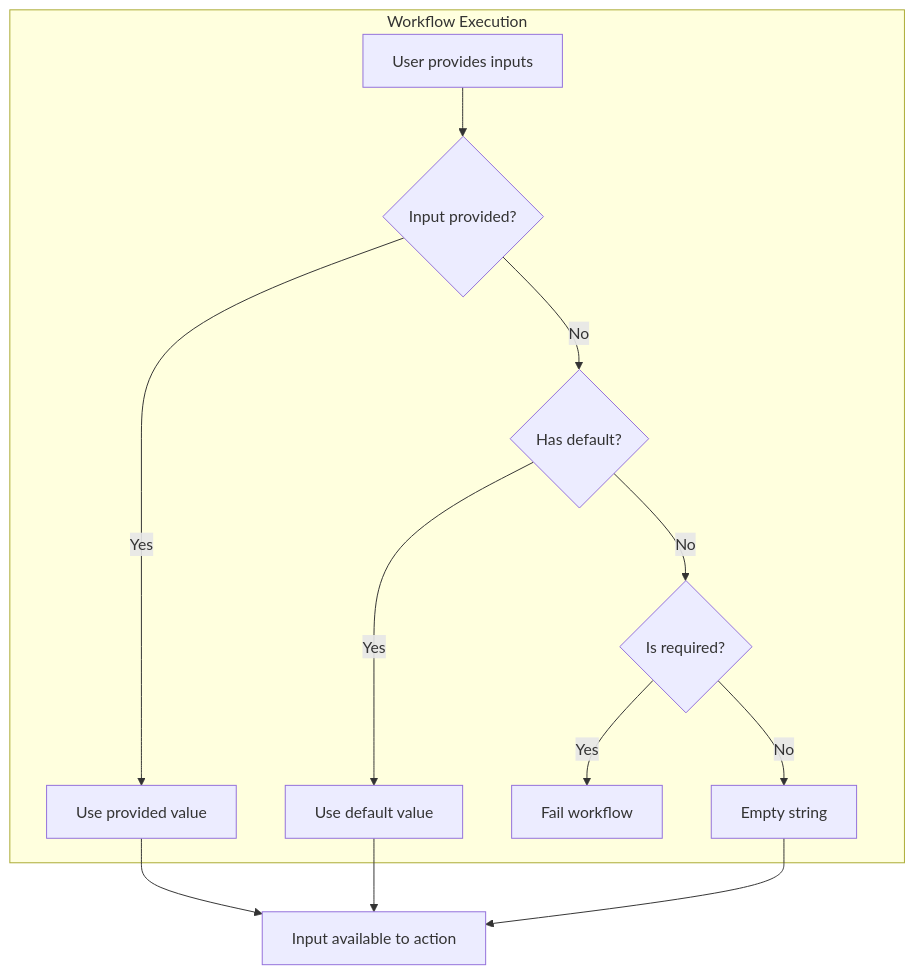
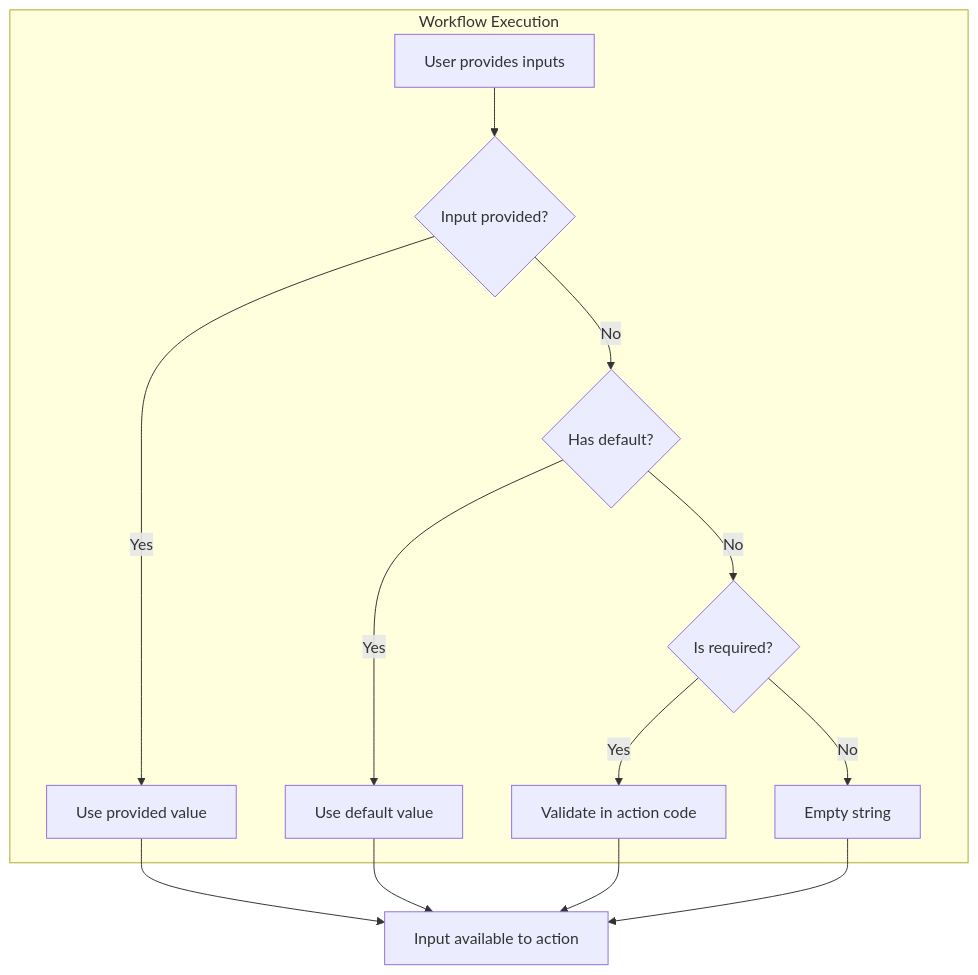
One commit to OneUptime/blog changed the second of 3 diagrams in posts/2026-01-30-github-actions-action-inputs/README.md. Above: the diagram before and after it, drawn with Mermaid. The commit also changed other lines of this file and 2 other files, not shown here.

Commit message:
validate: 2026-01-30-github-actions-action-inputs

````diff
--- a/posts/2026-01-30-github-actions-action-inputs/README.md
+++ b/posts/2026-01-30-github-actions-action-inputs/README.md
@@ -74,16 +76,17 @@
 ```mermaid
 flowchart TB
     subgraph "Workflow Execution"
         A[User provides inputs] --> B{Input provided?}
         B -->|Yes| C[Use provided value]
         B -->|No| D{Has default?}
         D -->|Yes| E[Use default value]
         D -->|No| F{Is required?}
-        F -->|Yes| G[Fail workflow]
+        F -->|Yes| G[Validate in action code]
         F -->|No| H[Empty string]
     end
 
     C --> I[Input available to action]
     E --> I
+    G --> I
     H --> I
 ```
````
